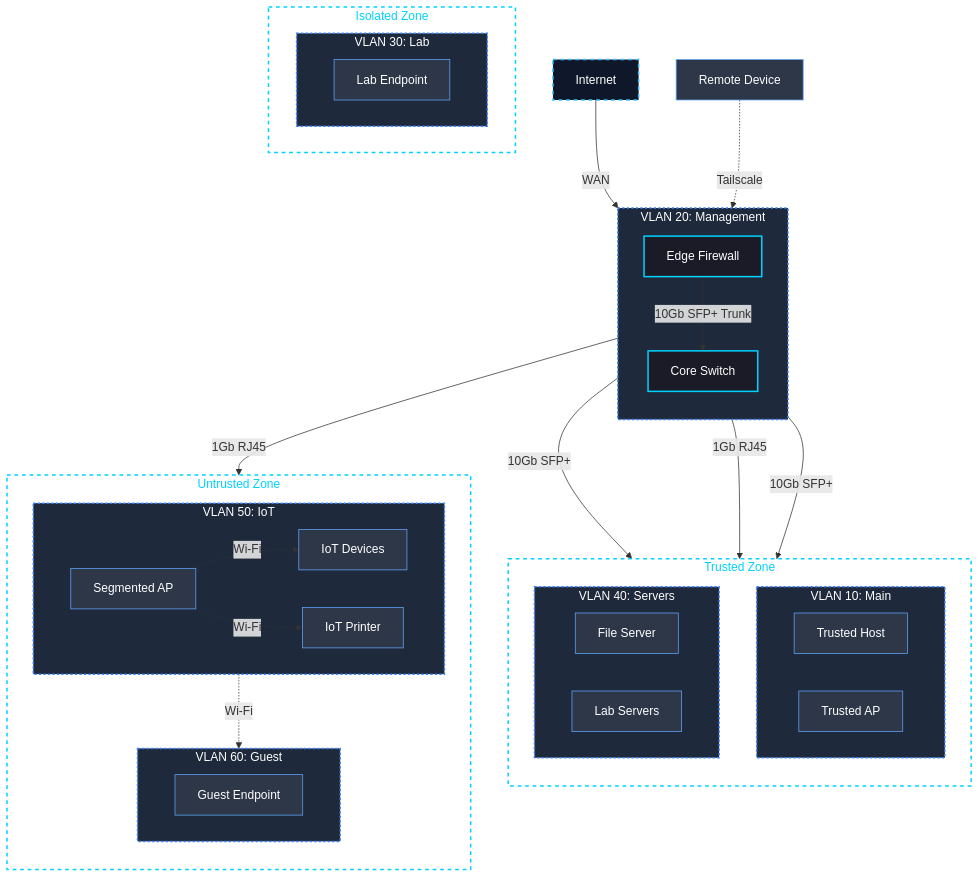
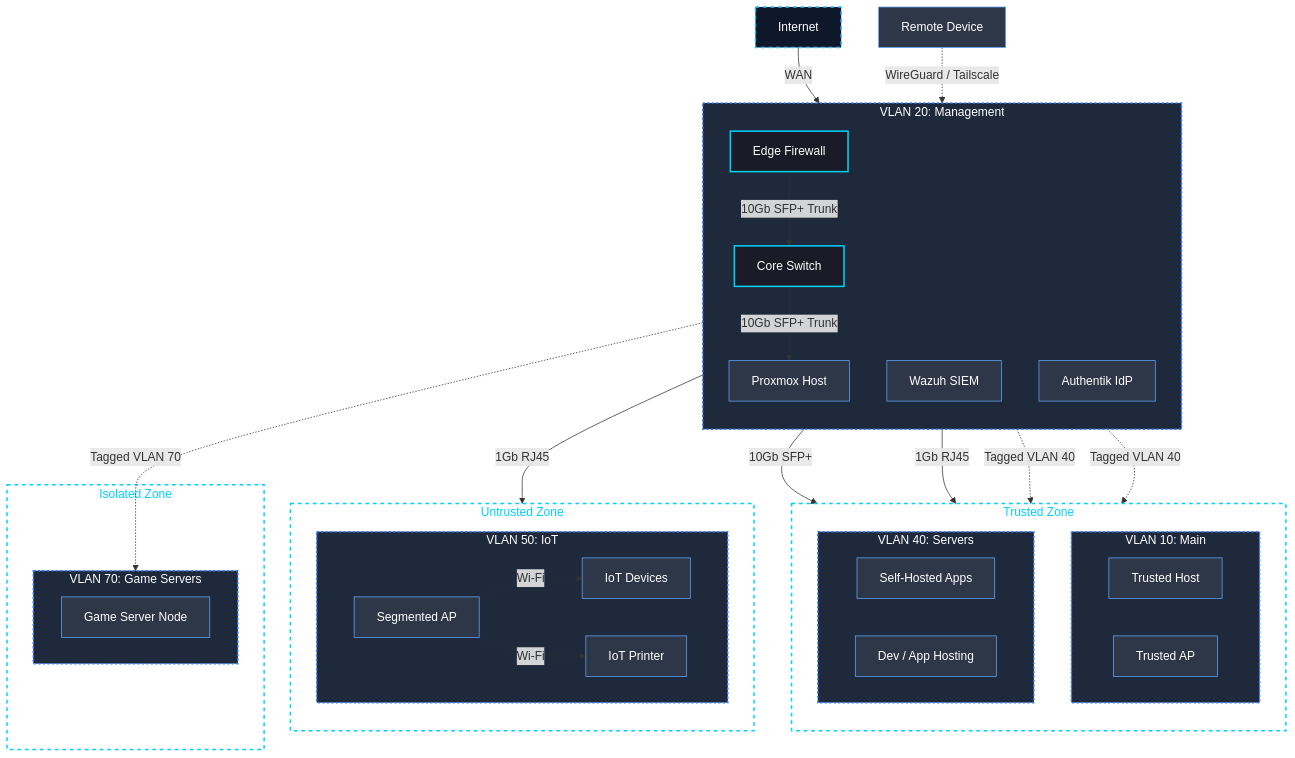
Before and after one commit to gurvinny/home-network-lab: the second of 2 diagrams in README.md, drawn with Mermaid. The commit also changed other lines of this file and 2 other files, not shown here.

First line of the commit message:
docs: refresh lab overview with service inventory and current roadmap

````diff
--- a/README.md
+++ b/README.md
@@ -96,78 +102,77 @@
 ```mermaid
 flowchart TB
     %% Cyber Sec Grey/Blue Theme
     classDef internet fill:#0f172a,stroke:#38bdf8,stroke-width:2px,color:#ffffff,stroke-dasharray: 5 5;
     classDef firewall fill:#1a1b26,stroke:#00d2ff,stroke-width:2px,color:#ffffff;
     classDef vlan fill:#1e293b,stroke:#3b82f6,stroke-width:2px,stroke-dasharray: 3 3,color:#ffffff;
     classDef device fill:#2d3748,stroke:#60a5fa,stroke-width:1px,color:#ffffff;
     classDef zone fill:#00000000,stroke:#00d2ff,stroke-width:2px,color:#00d2ff,stroke-dasharray: 5 5;
     classDef vpn fill:#0f172a,stroke:#2ea043,stroke-width:2px,color:#ffffff,stroke-dasharray: 5 5;
 
     Internet["Internet"]:::internet -->|"WAN"| EdgeFW["Edge Firewall"]:::firewall
-    RemoteDevice["Remote Device"]:::device -.->|"Tailscale"| EdgeFW
+    RemoteDevice["Remote Device"]:::device -.->|"WireGuard / Tailscale"| EdgeFW
 
     EdgeFW -->|"10Gb SFP+ Trunk"| CoreSW["Core Switch"]:::firewall
 
     subgraph Infrastructure ["VLAN 20: Management"]
         direction TB
         EdgeFW
         CoreSW
+        Hypervisor["Proxmox Host"]:::device
+        SIEM["Wazuh SIEM"]:::device
+        IdP["Authentik IdP"]:::device
     end
     class Infrastructure vlan;
 
     subgraph Trusted_Zone ["Trusted Zone"]
         direction TB
         subgraph VLAN10 ["VLAN 10: Main"]
             direction LR
             TrustedHost["Trusted Host"]:::device
             TrustedAP["Trusted AP"]:::device
         end
         class VLAN10 vlan;
 
         subgraph VLAN40 ["VLAN 40: Servers"]
             direction LR
-            FileServer["File Server"]:::device
-            LabServers["Lab Servers"]:::device
+            AppServers["Self-Hosted Apps"]:::device
+            DevServer["Dev / App Hosting"]:::device
         end
         class VLAN40 vlan;
     end
     class Trusted_Zone zone;
 
     subgraph Untrusted_Zone ["Untrusted Zone"]
         direction TB
         subgraph VLAN50 ["VLAN 50: IoT"]
             direction LR
             SegmentedAP["Segmented AP"]:::device
             IoTDevices["IoT Devices"]:::device
             IoTPrinter["IoT Printer"]:::device
         end
         class VLAN50 vlan;
-
-        subgraph VLAN60 ["VLAN 60: Guest"]
-            direction LR
-            GuestEndpoint["Guest Endpoint"]:::device
-        end
-        class VLAN60 vlan;
     end
     class Untrusted_Zone zone;
 
     subgraph Isolated_Zone ["Isolated Zone"]
-        subgraph VLAN30 ["VLAN 30: Lab"]
+        subgraph VLAN70 ["VLAN 70: Game Servers"]
             direction LR
-            LabEndpoint["Lab Endpoint"]:::device
+            GameNode["Game Server Node"]:::device
         end
-        class VLAN30 vlan;
+        class VLAN70 vlan;
     end
     class Isolated_Zone zone;
 
     %% Physical Connections
     CoreSW -->|"10Gb SFP+"| TrustedHost
     CoreSW -->|"1Gb RJ45"| TrustedAP
-    CoreSW -->|"10Gb SFP+"| FileServer
+    CoreSW -->|"10Gb SFP+ Trunk"| Hypervisor
     CoreSW -->|"1Gb RJ45"| SegmentedAP
 
     %% Logical Connections
+    Hypervisor -.->|"Tagged VLAN 40"| AppServers
+    Hypervisor -.->|"Tagged VLAN 40"| DevServer
+    Hypervisor -.->|"Tagged VLAN 70"| GameNode
     SegmentedAP -.->|"Wi-Fi"| IoTDevices
     SegmentedAP -.->|"Wi-Fi"| IoTPrinter
-    SegmentedAP -.->|"Wi-Fi"| GuestEndpoint
 ```
````
